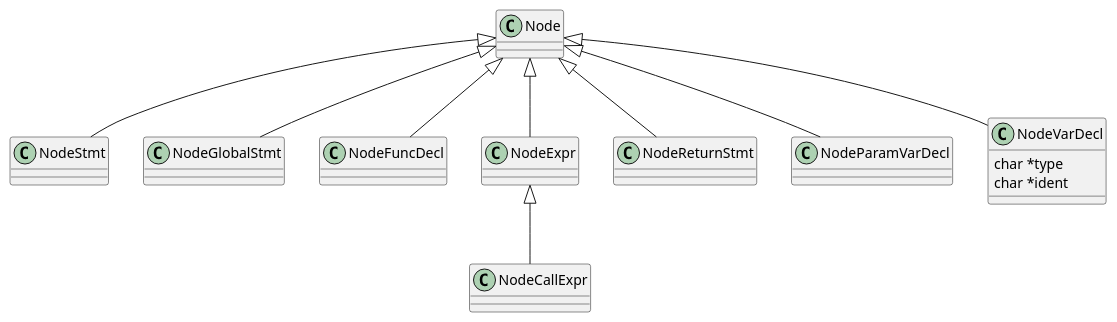
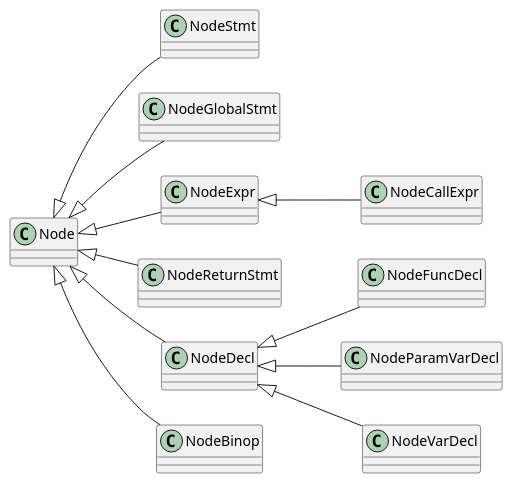
One commit to travisdoor/bl changed the diagram in doc/classes.puml. Above: the diagram before and after it, drawn with PlantUML. The commit also changed 22 other files, not shown here.

Commit message:
add type add node binop

```diff
--- a/doc/classes.puml
+++ b/doc/classes.puml
@@ -1,27 +1,29 @@
 @startuml
-
+left to right direction
 class Node
 class NodeStmt
 class NodeGlobalStmt
 class NodeFuncDecl
 class NodeExpr
 class NodeReturnStmt
 class NodeParamVarDecl
 class NodeCallExpr
-class NodeVarDecl {
-  char *type
-  char *ident
-}
+class NodeVarDecl
+class NodeDecl
+class NodeBinop
 
 
 Node <|-- NodeStmt
+Node <|-- NodeDecl
 Node <|-- NodeGlobalStmt
 Node <|-- NodeExpr
-Node <|-- NodeFuncDecl
-Node <|-- NodeParamVarDecl
 Node <|-- NodeReturnStmt
-Node <|-- NodeVarDecl
+Node <|-- NodeBinop
+
+NodeDecl <|-- NodeVarDecl
+NodeDecl <|-- NodeFuncDecl
+NodeDecl <|-- NodeParamVarDecl
 
 NodeExpr <|-- NodeCallExpr
 
 @enduml
```
